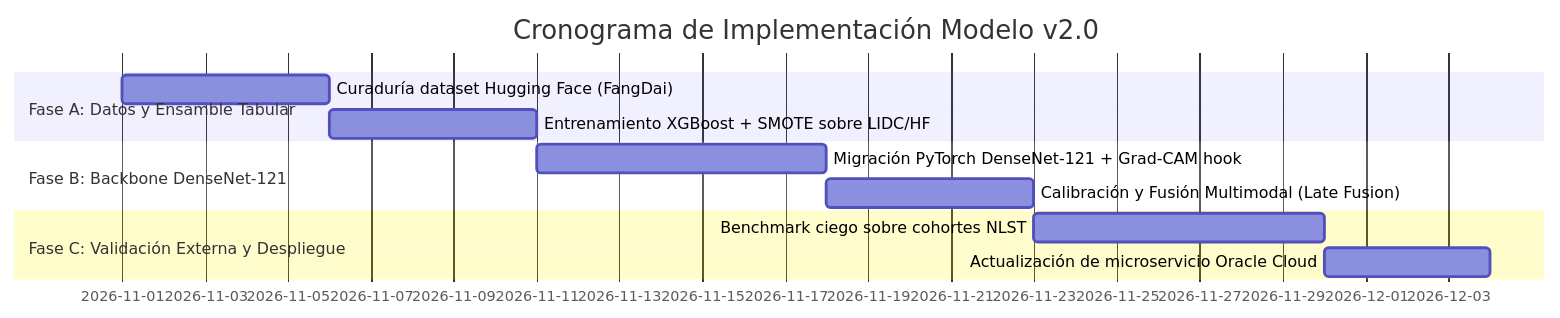
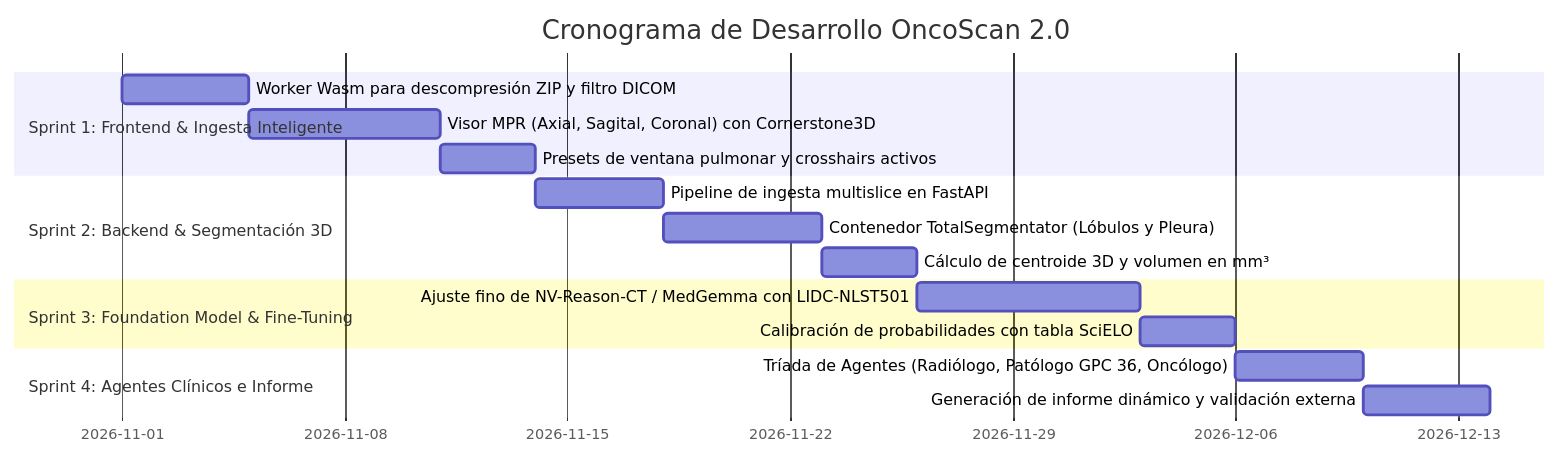
One commit to ProyectoBenditos/Benditos_cancer_detector changed the fourth of 4 diagrams in docs/plan-modelo-v2.0-segmentacion-volumetrica.md. Above: the diagram before and after it, drawn with Mermaid. The commit also changed other lines of this file and 6 other files, not shown here.

Commit message:
feat: selector de localizacion lobar anatomica en procesamiento por lotes y documentacion OncoScan 2.0

````diff
--- a/docs/plan-modelo-v2.0-segmentacion-volumetrica.md
+++ b/docs/plan-modelo-v2.0-segmentacion-volumetrica.md
@@ -119,14 +189,19 @@
 ```mermaid
 gantt
-    title Cronograma de Implementación Modelo v2.0
+    title Cronograma de Desarrollo OncoScan 2.0
     dateFormat  YYYY-MM-DD
-    section Fase A: Datos y Ensamble Tabular
-    Curaduría dataset Hugging Face (FangDai)       :a1, 2026-11-01, 5d
-    Entrenamiento XGBoost + SMOTE sobre LIDC/HF     :a2, after a1, 5d
-    section Fase B: Backbone DenseNet-121
-    Migración PyTorch DenseNet-121 + Grad-CAM hook :b1, after a2, 7d
-    Calibración y Fusión Multimodal (Late Fusion)  :b2, after b1, 5d
-    section Fase C: Validación Externa y Despliegue
-    Benchmark ciego sobre cohortes NLST            :c1, after b2, 7d
-    Actualización de microservicio Oracle Cloud    :c2, after c1, 4d
+    section Sprint 1: Frontend & Ingesta Inteligente
+    Worker Wasm para descompresión ZIP y filtro DICOM   :s1_1, 2026-11-01, 4d
+    Visor MPR (Axial, Sagital, Coronal) con Cornerstone3D :s1_2, after s1_1, 6d
+    Presets de ventana pulmonar y crosshairs activos      :s1_3, after s1_2, 3d
+    section Sprint 2: Backend & Segmentación 3D
+    Pipeline de ingesta multislice en FastAPI              :s2_1, after s1_3, 4d
+    Contenedor TotalSegmentator (Lóbulos y Pleura)        :s2_2, after s2_1, 5d
+    Cálculo de centroide 3D y volumen en mm³               :s2_3, after s2_2, 3d
+    section Sprint 3: Foundation Model & Fine-Tuning
+    Ajuste fino de NV-Reason-CT / MedGemma con LIDC-NLST501:s3_1, after s2_3, 7d
+    Calibración de probabilidades con tabla SciELO         :s3_2, after s3_1, 3d
+    section Sprint 4: Agentes Clínicos e Informe
+    Tríada de Agentes (Radiólogo, Patólogo GPC 36, Oncólogo):s4_1, after s3_2, 4d
+    Generación de informe dinámico y validación externa   :s4_2, after s4_1, 4d
 ```
````
